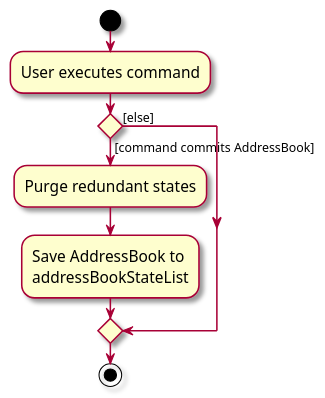
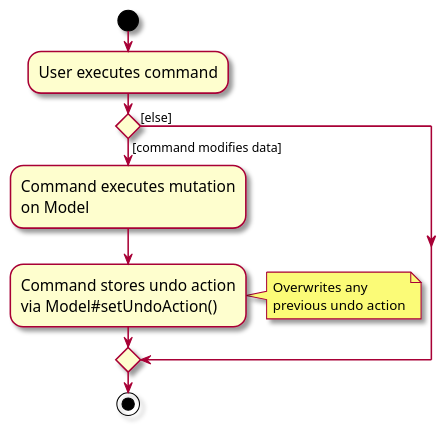
One commit to AY2526S2-CS2103T-T15-4/tp changed the diagram in diagrams/CommitActivityDiagram.puml. Above: the diagram before and after it, drawn with PlantUML. The commit also changed 47 other files, not shown here.

```diff
--- a/diagrams/CommitActivityDiagram.puml
+++ b/diagrams/CommitActivityDiagram.puml
@@ -1,18 +1,20 @@
 @startuml
 skin rose
 skinparam ActivityFontSize 15
 skinparam ArrowFontSize 12
 start
 :User executes command;
 
 'Since the beta syntax does not support placing the condition outside the
 'diamond we place it as the true branch instead.
 
-if () then ([command commits AddressBook])
-    :Purge redundant states;
-    :Save AddressBook to
-    addressBookStateList;
+if () then ([command modifies data])
+    :Command executes mutation
+    on Model;
+    :Command stores undo action
+    via Model#setUndoAction();
+    note right: Overwrites any\nprevious undo action
 else ([else])
 endif
 stop
 @enduml
```
